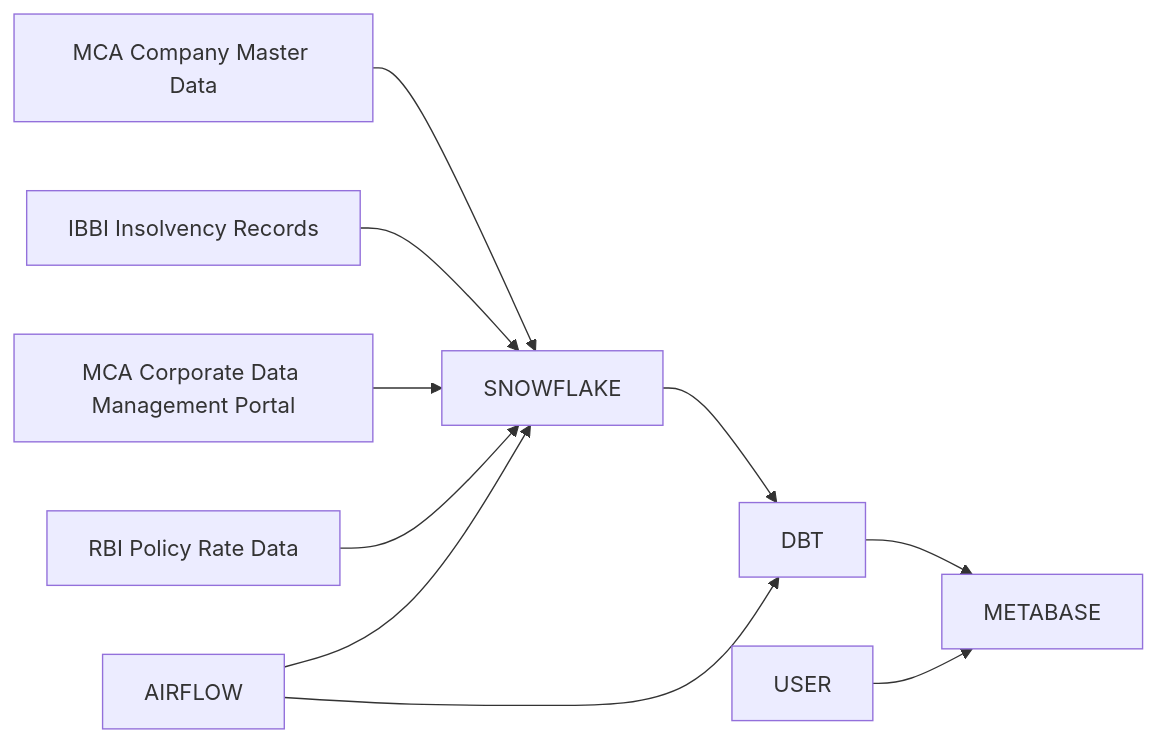
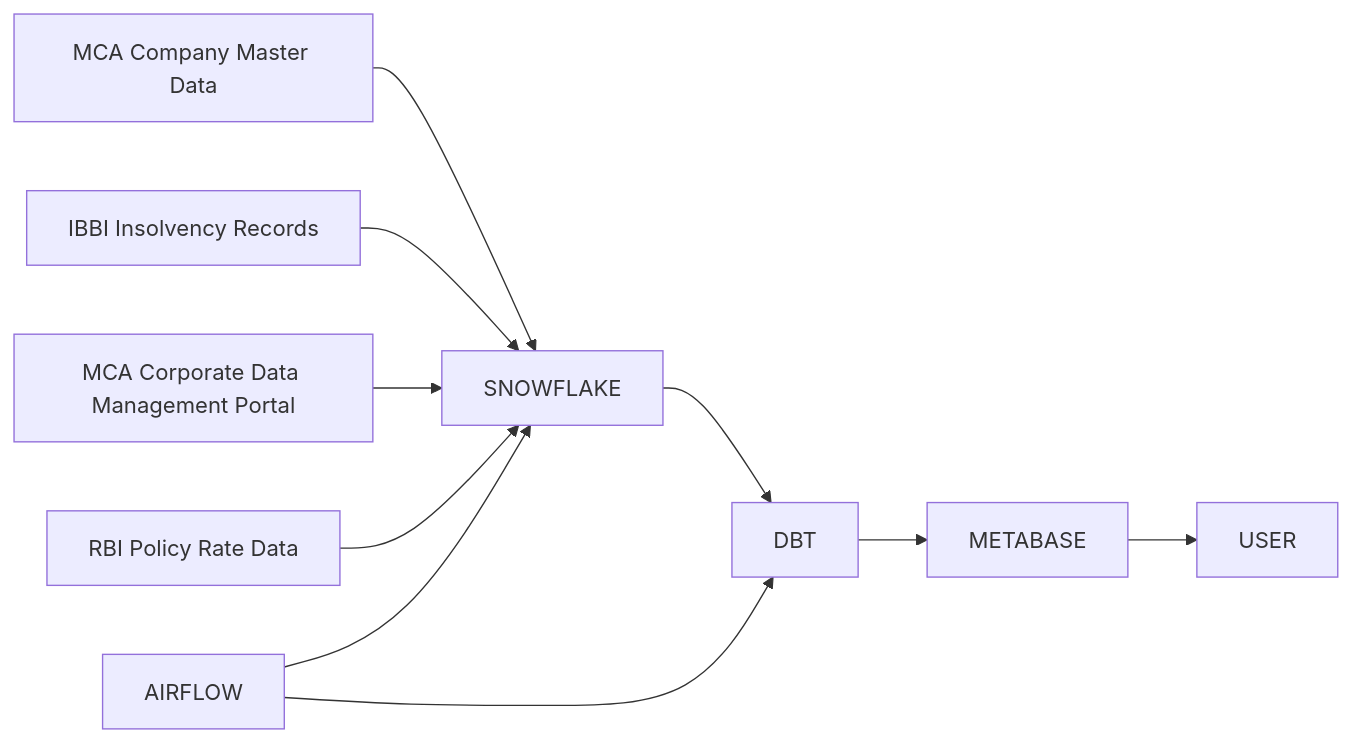
The diagram in students/DE8/week1/design/context_diagram.md (StartwithDot/DATA_ENGINEERING_SPRINT-1), drawn with Mermaid before and after one commit. The commit also changed 1 other file, not shown here.

Commit message:
A1.1 draw one page system diagram

````diff
--- a/students/DE8/week1/design/context_diagram.md
+++ b/students/DE8/week1/design/context_diagram.md
@@ -1,12 +1,12 @@
 ```mermaid
 flowchart LR
     A[ MCA Company Master Data] --> P[SNOWFLAKE]
     B[ IBBI Insolvency Records] --> P
     C[MCA Corporate Data Management Portal] --> P
     D[RBI Policy Rate Data] --> P
     P --> E[DBT]
     G[AIRFLOW] --> P
     G[AIRFLOW] --> E
     E[DBT] --> F[METABASE]
-    X[USER] --> F
+    F -->X[USER]
 ```
````
